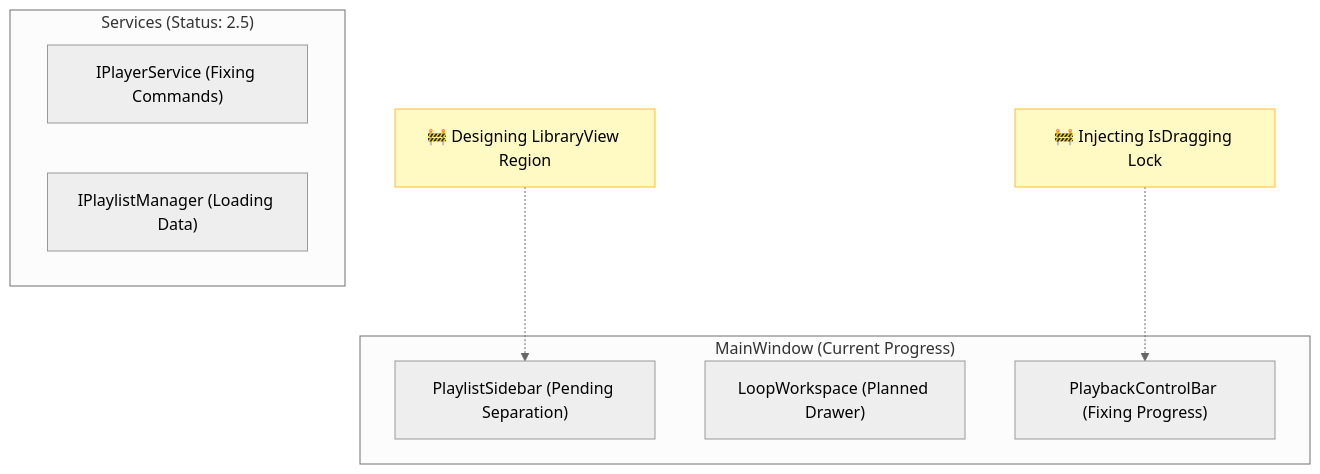
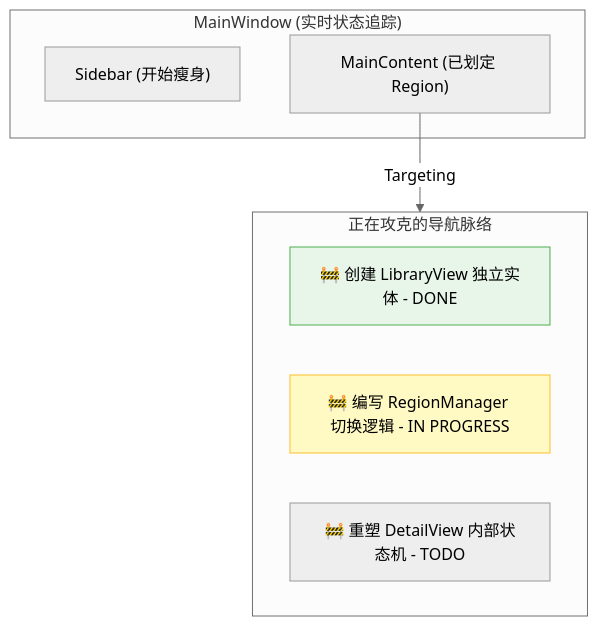
Before and after one commit to CPUrising/seamless-loop-music: the third of 3 diagrams in progress/23更详细的架构.md, drawn with Mermaid (neutral theme). The commit also changed other lines of this file and 3 other files, not shown here.

````diff
--- a/progress/23更详细的架构.md
+++ b/progress/23更详细的架构.md
@@ -124,24 +97,18 @@
 ```mermaid
 graph TD
-    %% 此刻仍为起点状态，但标注了“即将攻克”的节点
-    subgraph MW_Current ["MainWindow (Current Progress)"]
-        SBC["PlaylistSidebar (Pending Separation)"]
-        LWC["LoopWorkspace (Planned Drawer)"]
-        PBC["PlaybackControlBar (Fixing Progress)"]
+    subgraph MW_Current ["MainWindow (实时状态追踪)"]
+        SBC["Sidebar (开始瘦身)"]
+        MCC["MainContent (已划定 Region)"]
     end
 
-    subgraph Srv_Current ["Services (Status: 2.5)"]
-        PSC["IPlayerService (Fixing Commands)"]
-        PMC["IPlaylistManager (Loading Data)"]
+    subgraph Nav_Fix ["正在攻克的导航脉络"]
+        Fix1["🚧 创建 LibraryView 独立实体 - DONE"]
+        Fix2["🚧 编写 RegionManager 切换逻辑 - IN PROGRESS"]
+        Fix3["🚧 重塑 DetailView 内部状态机 - TODO"]
     end
-
-    %% 正在执行的改造
-    Fix1["🚧 Injecting IsDragging Lock"]
-    Fix2["🚧 Designing LibraryView Region"]
     
-    Fix1 -.-> PBC
-    Fix2 -.-> SBC
-
-    style Fix1 fill:#fff9c4,stroke:#fbc02d
+    MCC -- "Targeting" --> Nav_Fix
+    
+    style Fix1 fill:#e8f5e9,stroke:#4caf50
     style Fix2 fill:#fff9c4,stroke:#fbc02d
 ```
````
